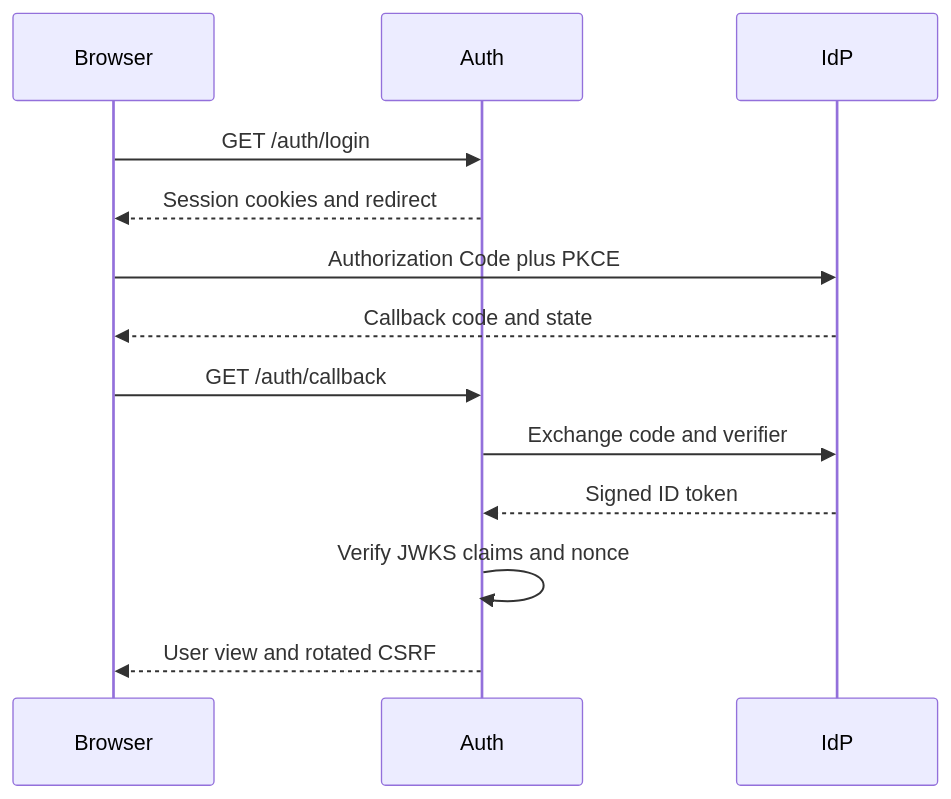
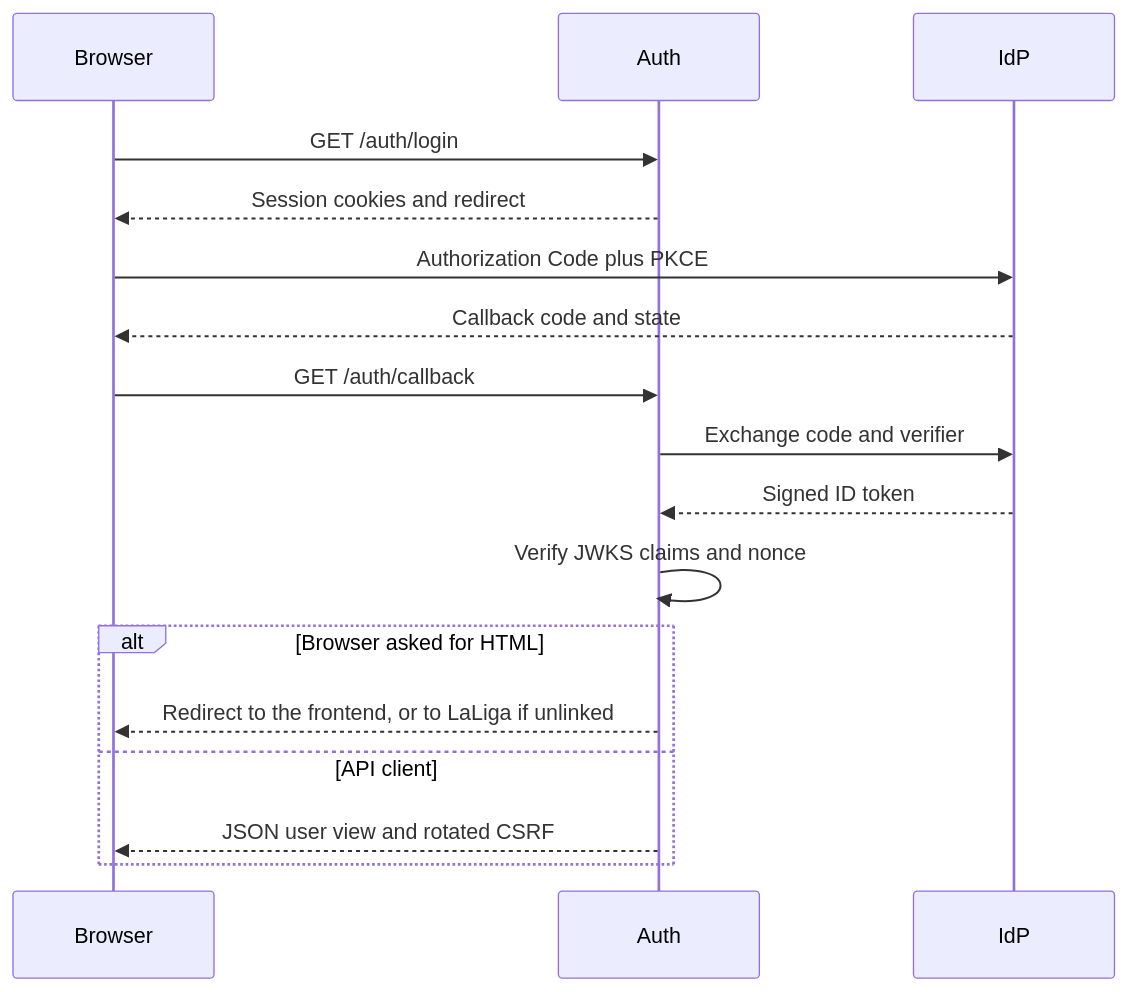
Before and after one commit to andreshere00/LaLiga-Fantasy-Builder: the diagram in docs/authentication/authentication.md, drawn with Mermaid. The commit also changed other lines of this file and 10 other files, not shown here.

````diff
--- a/docs/authentication/authentication.md
+++ b/docs/authentication/authentication.md
@@ -50,16 +50,20 @@
 ```mermaid
 sequenceDiagram
     participant Browser
     participant Auth
     participant IdP
 
     Browser->>Auth: GET /auth/login
     Auth-->>Browser: Session cookies and redirect
     Browser->>IdP: Authorization Code plus PKCE
     IdP-->>Browser: Callback code and state
     Browser->>Auth: GET /auth/callback
     Auth->>IdP: Exchange code and verifier
     IdP-->>Auth: Signed ID token
     Auth->>Auth: Verify JWKS claims and nonce
-    Auth-->>Browser: User view and rotated CSRF
+    alt Browser asked for HTML
+        Auth-->>Browser: Redirect to the frontend, or to LaLiga if unlinked
+    else API client
+        Auth-->>Browser: JSON user view and rotated CSRF
+    end
 ```
````
